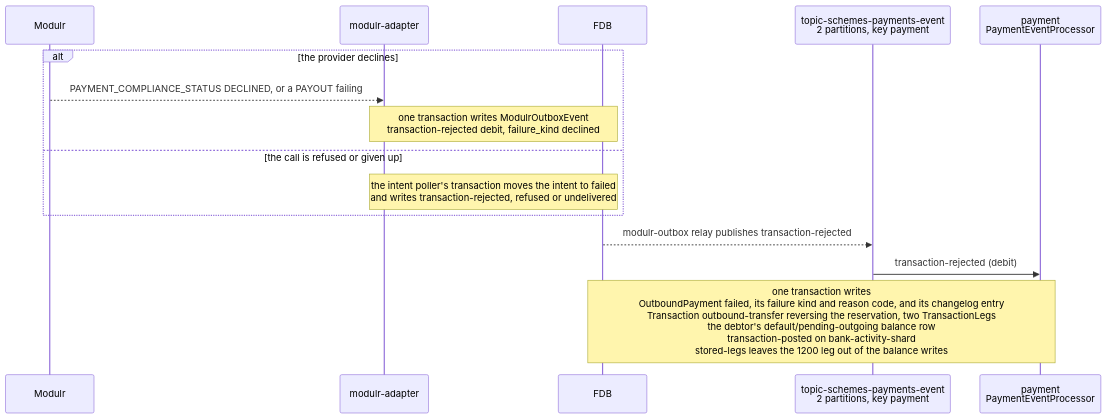
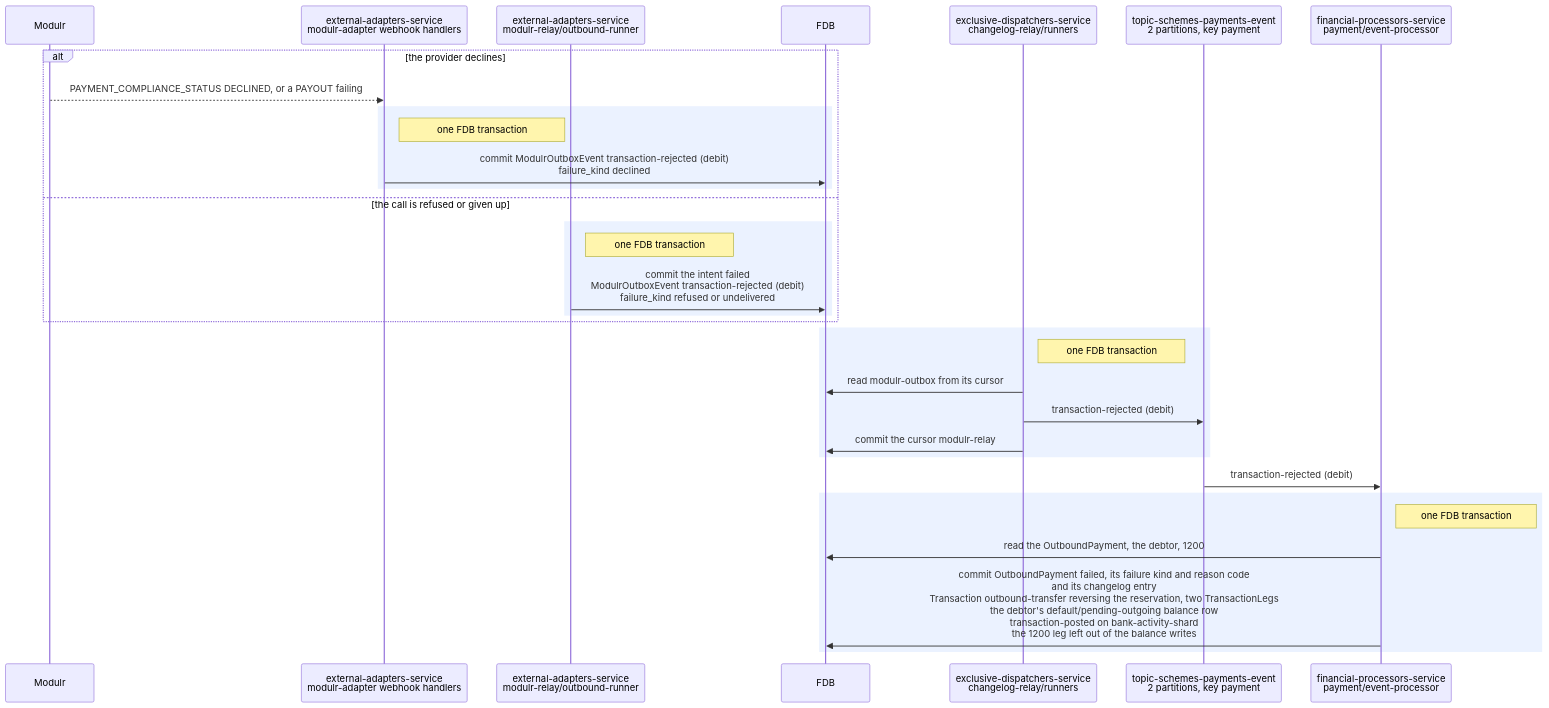
Before and after one commit to repldriven/queenswood: the fifth of 7 diagrams in docs/tdd/payments-outbound.md, drawn with Mermaid. The commit also changed other lines of this file, not shown here.

First line of the commit message:
Draw each FDB transaction as a commit to it, and name every participant as it is in the code

````diff
--- a/docs/tdd/payments-outbound.md
+++ b/docs/tdd/payments-outbound.md
@@ -171,17 +208,34 @@
 ```mermaid
 sequenceDiagram
     participant PR as Modulr
-    participant AD as modulr-adapter
+    participant WH as external-adapters-service<br/>modulr-adapter webhook handlers
+    participant IP as external-adapters-service<br/>modulr-relay/outbound-runner
     participant DB as FDB
+    participant OR as exclusive-dispatchers-service<br/>changelog-relay/runners
     participant SE as topic-schemes-payments-event<br/>2 partitions, key payment
-    participant PE as payment<br/>PaymentEventProcessor
+    participant PE as financial-processors-service<br/>payment/event-processor
     alt the provider declines
-        PR-->>AD: PAYMENT_COMPLIANCE_STATUS DECLINED, or a PAYOUT failing
-        Note over AD,DB: one transaction writes ModulrOutboxEvent<br/>transaction-rejected debit, failure_kind declined
+        PR-->>WH: PAYMENT_COMPLIANCE_STATUS DECLINED, or a PAYOUT failing
+        rect rgb(235, 242, 255)
+        Note right of WH: one FDB transaction
+        WH->>DB: commit ModulrOutboxEvent transaction-rejected (debit)<br/>failure_kind declined
+        end
     else the call is refused or given up
-        Note over AD,DB: the intent poller's transaction moves the intent to failed<br/>and writes transaction-rejected, refused or undelivered
+        rect rgb(235, 242, 255)
+        Note right of IP: one FDB transaction
+        IP->>DB: commit the intent failed<br/>ModulrOutboxEvent transaction-rejected (debit)<br/>failure_kind refused or undelivered
+        end
     end
-    DB-->>SE: modulr-outbox relay publishes transaction-rejected
+    rect rgb(235, 242, 255)
+    Note right of OR: one FDB transaction
+    OR->>DB: read modulr-outbox from its cursor
+    OR->>SE: transaction-rejected (debit)
+    OR->>DB: commit the cursor modulr-relay
+    end
     SE->>PE: transaction-rejected (debit)
-    Note over PE,DB: one transaction writes<br/>OutboundPayment failed, its failure kind and reason code, and its changelog entry<br/>Transaction outbound-transfer reversing the reservation, two TransactionLegs<br/>the debtor's default/pending-outgoing balance row<br/>transaction-posted on bank-activity-shard<br/>stored-legs leaves the 1200 leg out of the balance writes
+    rect rgb(235, 242, 255)
+    Note right of PE: one FDB transaction
+    PE->>DB: read the OutboundPayment, the debtor, 1200
+    PE->>DB: commit OutboundPayment failed, its failure kind and reason code<br/>and its changelog entry<br/>Transaction outbound-transfer reversing the reservation, two TransactionLegs<br/>the debtor's default/pending-outgoing balance row<br/>transaction-posted on bank-activity-shard<br/>the 1200 leg left out of the balance writes
+    end
 ```
````
